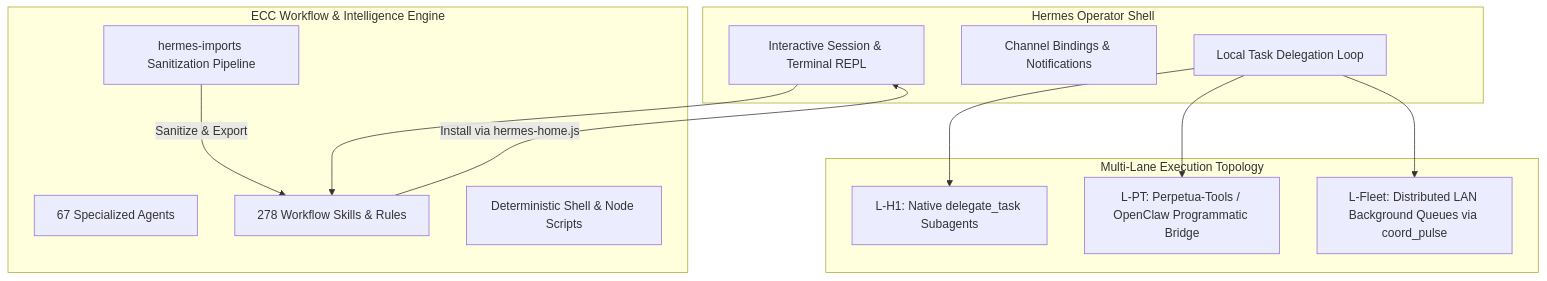
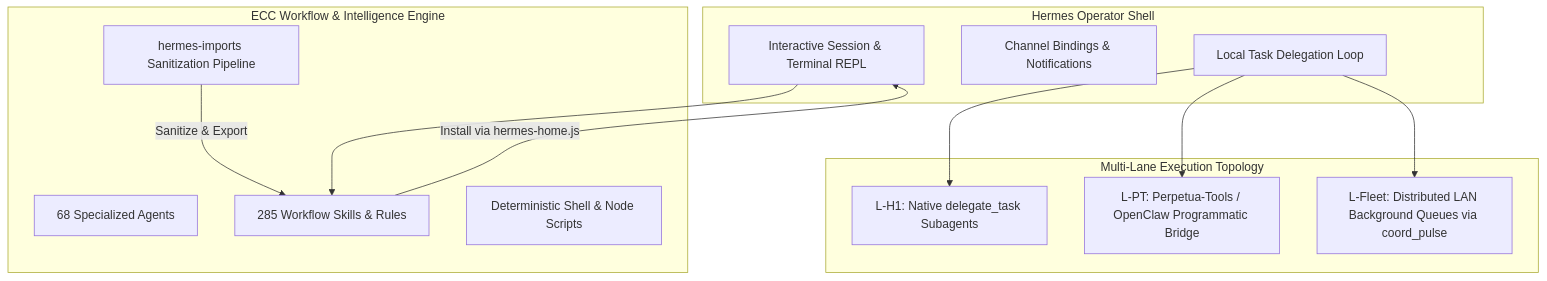
One commit to diazMelgarejo/Perpetua-Tools changed the second of 2 diagrams in .agent/memory/working/ECC_OVERLAY_HARMONIZATION_AND_TIER5_STATUS_2026-08-17.md. Above: the diagram before and after it, drawn with Mermaid. The commit also changed other lines of this file, not shown here.

````diff
--- a/.agent/memory/working/ECC_OVERLAY_HARMONIZATION_AND_TIER5_STATUS_2026-08-17.md
+++ b/.agent/memory/working/ECC_OVERLAY_HARMONIZATION_AND_TIER5_STATUS_2026-08-17.md
@@ -88,28 +93,28 @@
 ```mermaid
 graph TD
     subgraph Hermes Operator Shell
         H1[Interactive Session & Terminal REPL]
         H2[Channel Bindings & Notifications]
         H3[Local Task Delegation Loop]
     end
 
     subgraph ECC Workflow & Intelligence Engine
-        E1[67 Specialized Agents]
-        E2[278 Workflow Skills & Rules]
+        E1[68 Specialized Agents]
+        E2[285 Workflow Skills & Rules]
         E3[Deterministic Shell & Node Scripts]
         E4[hermes-imports Sanitization Pipeline]
     end
 
     subgraph Multi-Lane Execution Topology
         L1[L-H1: Native delegate_task Subagents]
         L2[L-PT: Perpetua-Tools / OpenClaw Programmatic Bridge]
         L3[L-Fleet: Distributed LAN Background Queues via coord_pulse]
     end
 
     H1 --> E2
     H3 --> L1
     H3 --> L2
     H3 --> L3
     E4 -->|Sanitize & Export| E2
     E2 -->|Install via hermes-home.js| H1
 ```
````
